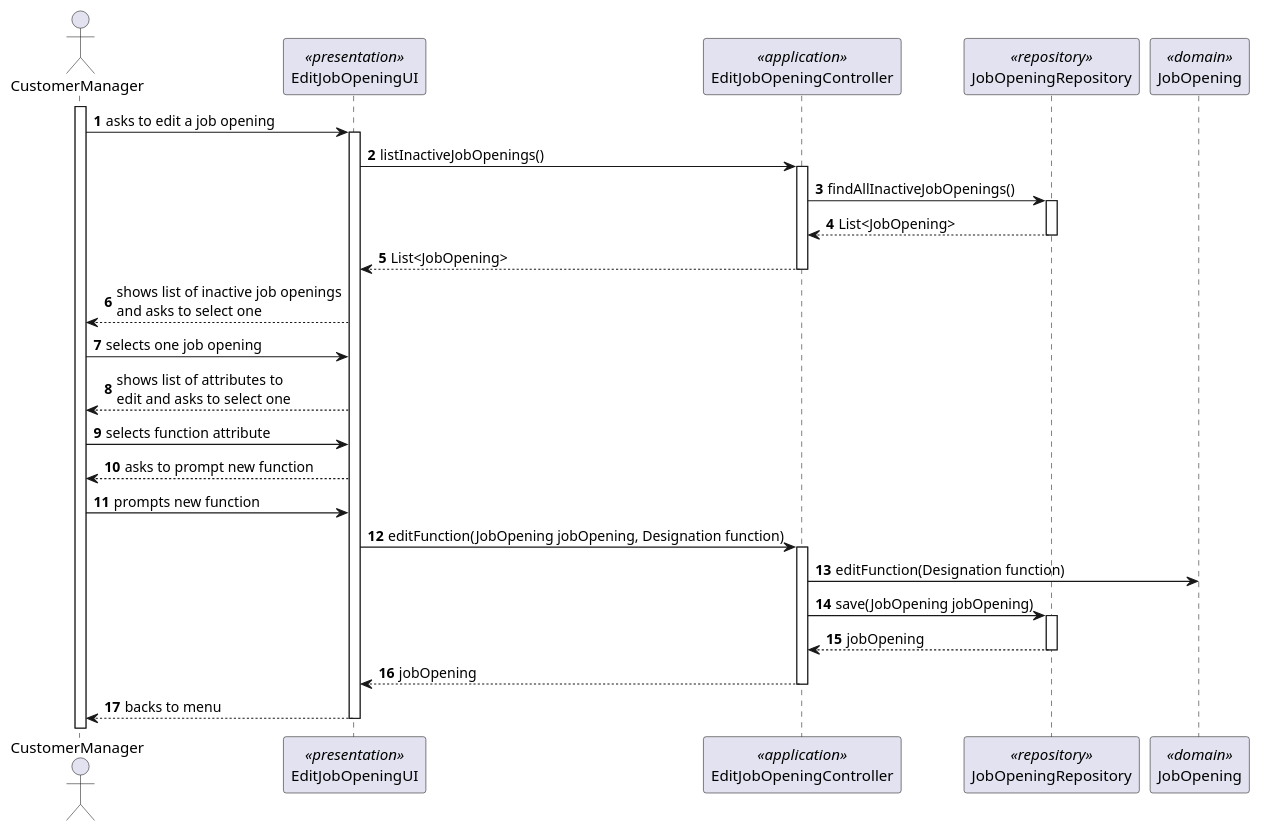
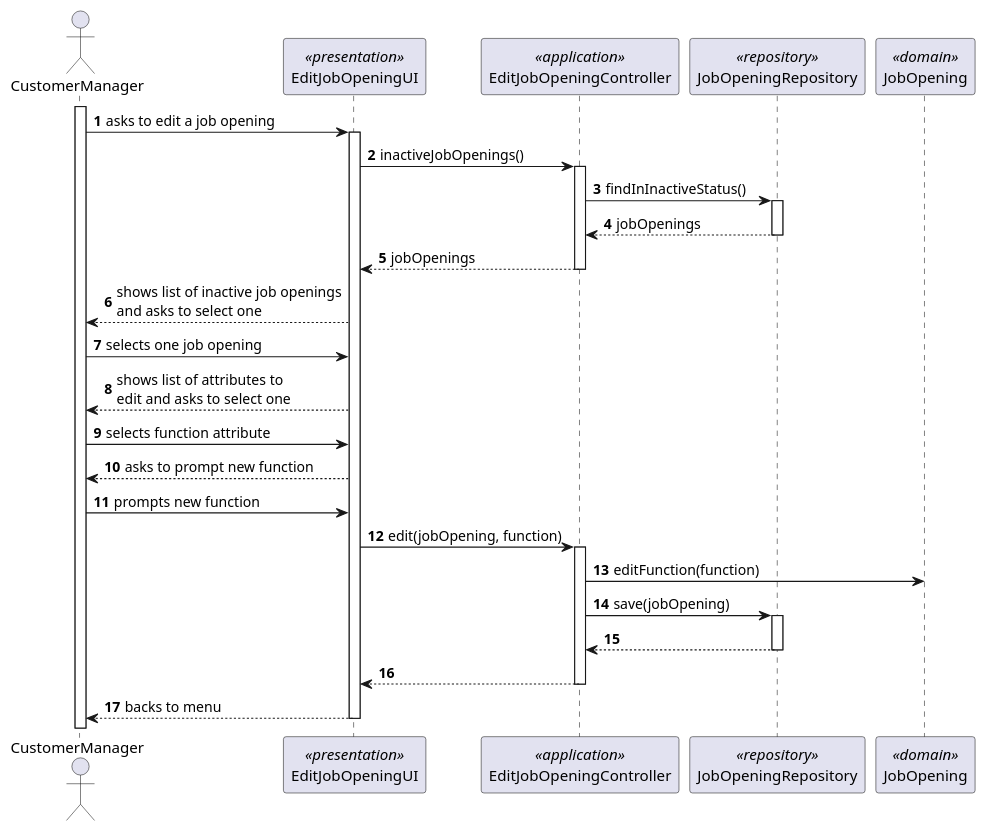
The diagram in docs/SprintC/us1004/SD/SD-Edit-Function.puml (Rodrick0209/ISEP-SEM4PI-23-24), drawn with PlantUML before and after one commit. The commit also changed 15 other files, not shown here.

```diff
--- a/docs/SprintC/us1004/SD/SD-Edit-Function.puml
+++ b/docs/SprintC/us1004/SD/SD-Edit-Function.puml
@@ -1,40 +1,40 @@
 @startuml
 'https://plantuml.com/sequence-diagram
 
 autonumber
 
 actor CustomerManager
 participant EditJobOpeningUI <<presentation>>
 participant EditJobOpeningController <<application>>
 participant JobOpeningRepository <<repository>>
 participant JobOpening <<domain>>
 
 activate CustomerManager
 CustomerManager -> EditJobOpeningUI : asks to edit a job opening
 activate EditJobOpeningUI
-EditJobOpeningUI -> EditJobOpeningController : listInactiveJobOpenings()
+EditJobOpeningUI -> EditJobOpeningController : inactiveJobOpenings()
 activate EditJobOpeningController
-EditJobOpeningController -> JobOpeningRepository : findAllInactiveJobOpenings()
+EditJobOpeningController -> JobOpeningRepository : findInInactiveStatus()
 activate JobOpeningRepository
-JobOpeningRepository --> EditJobOpeningController : List<JobOpening>
+JobOpeningRepository --> EditJobOpeningController : jobOpenings
 deactivate JobOpeningRepository
-EditJobOpeningController --> EditJobOpeningUI : List<JobOpening>
+EditJobOpeningController --> EditJobOpeningUI : jobOpenings
 deactivate EditJobOpeningController
 EditJobOpeningUI --> CustomerManager : shows list of inactive job openings\nand asks to select one
 CustomerManager -> EditJobOpeningUI : selects one job opening
 EditJobOpeningUI --> CustomerManager : shows list of attributes to\nedit and asks to select one
 CustomerManager -> EditJobOpeningUI : selects function attribute
 EditJobOpeningUI --> CustomerManager : asks to prompt new function
 CustomerManager -> EditJobOpeningUI : prompts new function
-EditJobOpeningUI -> EditJobOpeningController : editFunction(JobOpening jobOpening, Designation function)
+EditJobOpeningUI -> EditJobOpeningController : edit(jobOpening, function)
 activate EditJobOpeningController
-EditJobOpeningController -> JobOpening : editFunction(Designation function)
-EditJobOpeningController -> JobOpeningRepository : save(JobOpening jobOpening)
+EditJobOpeningController -> JobOpening : editFunction(function)
+EditJobOpeningController -> JobOpeningRepository : save(jobOpening)
 activate JobOpeningRepository
-JobOpeningRepository --> EditJobOpeningController : jobOpening
+JobOpeningRepository --> EditJobOpeningController : 
 deactivate JobOpeningRepository
-EditJobOpeningController --> EditJobOpeningUI : jobOpening
+EditJobOpeningController --> EditJobOpeningUI :
 deactivate EditJobOpeningController
 EditJobOpeningUI --> CustomerManager : backs to menu
 deactivate EditJobOpeningUI
 @enduml
```
